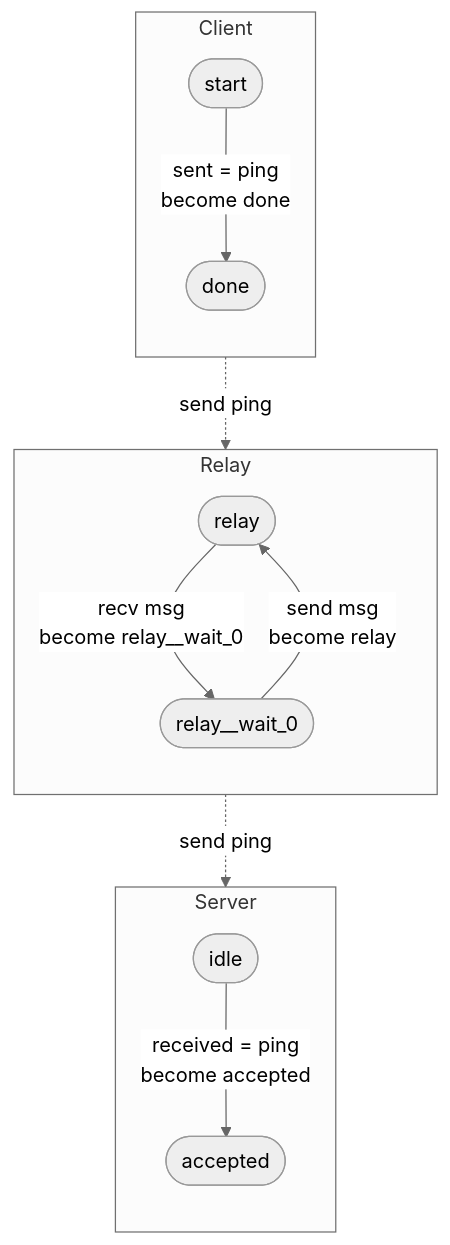
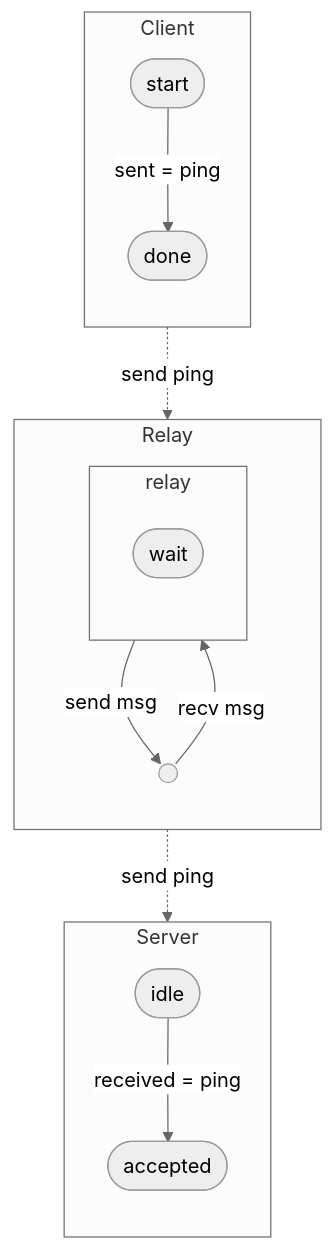
Before and after one commit to rfielding/go-ctl2: the diagram in docs/mermaid/a_to_b_state.mmd, drawn with Mermaid (neutral theme). The commit also changed 10 other files, not shown here.

Commit message:
allow send/recv all over block

```diff
--- a/docs/mermaid/a_to_b_state.mmd
+++ b/docs/mermaid/a_to_b_state.mmd
@@ -1,19 +1,24 @@
 flowchart TD
     subgraph Client
         direction TB
-        C_start([start]) -->|"sent = ping<br/>become done"| C_done([done])
+        C_start([start]) -->|"sent = ping"| C_done([done])
     end
 
     subgraph Relay
         direction TB
-        R_relay([relay]) -->|"recv msg<br/>become relay__wait_0"| R_wait0([relay__wait_0])
-        R_wait0 -->|"send msg<br/>become relay"| R_relay
+        subgraph R_relay["relay"]
+            direction TB
+            R_wait([wait])
+        end
+        R_entry(( ))
+        R_entry -->|"recv msg"| R_wait
+        R_wait -->|"send msg"| R_entry
     end
 
     subgraph Server
         direction TB
-        S_idle([idle]) -->|"received = ping<br/>become accepted"| S_accepted([accepted])
+        S_idle([idle]) -->|"received = ping"| S_accepted([accepted])
     end
 
     C_done -. send ping .-> R_relay
-    R_wait0 -. send ping .-> S_idle
+    R_wait -. send ping .-> S_idle
```
